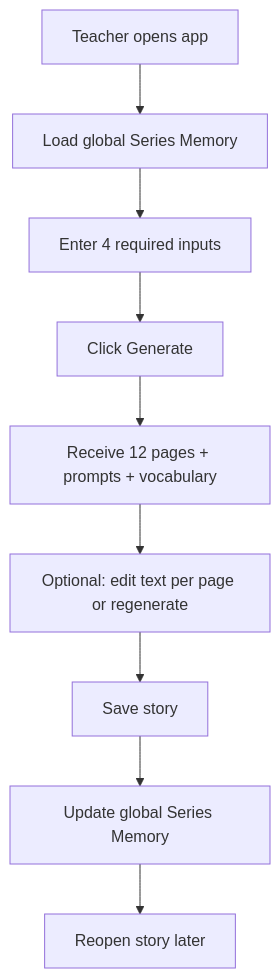
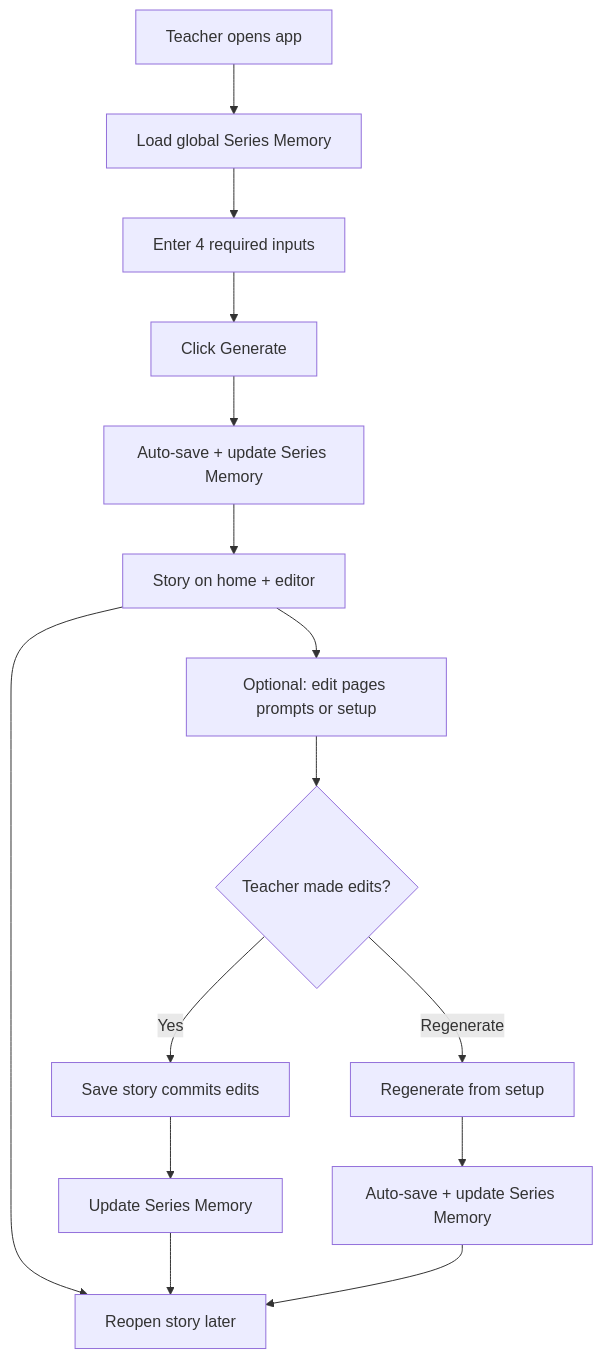
Before and after one commit to kisdreamteam/storygenv203: the first of 3 diagrams in docs/phase-b-architecture-map.md, drawn with Mermaid. The commit also changed other lines of this file and 44 other files, not shown here.

First line of the commit message:
Add story setup editing, auto-save workflow, and locked character continuity.

````diff
--- a/docs/phase-b-architecture-map.md
+++ b/docs/phase-b-architecture-map.md
@@ -71,11 +73,17 @@
 ```mermaid
 flowchart TD
     openApp[Teacher opens app] --> loadMemory[Load global Series Memory]
     loadMemory --> enterInputs[Enter 4 required inputs]
     enterInputs --> generate[Click Generate]
-    generate --> receiveOutput[Receive 12 pages + prompts + vocabulary]
-    receiveOutput --> optionalEdit[Optional: edit text per page or regenerate]
-    optionalEdit --> saveStory[Save story]
-    saveStory --> updateMemory[Update global Series Memory]
-    updateMemory --> reopenLater[Reopen story later]
+    generate --> autoSave1[Auto-save + update Series Memory]
+    autoSave1 --> receiveOutput[Story on home + editor]
+    receiveOutput --> optionalEdit[Optional: edit pages prompts or setup]
+    optionalEdit --> hasEdits{Teacher made edits?}
+    hasEdits -->|Yes| saveStory[Save story commits edits]
+    saveStory --> updateMemory[Update Series Memory]
+    hasEdits -->|Regenerate| regen[Regenerate from setup]
+    regen --> autoSave2[Auto-save + update Series Memory]
+    receiveOutput --> reopenLater[Reopen story later]
+    updateMemory --> reopenLater
+    autoSave2 --> reopenLater
 ```
````
